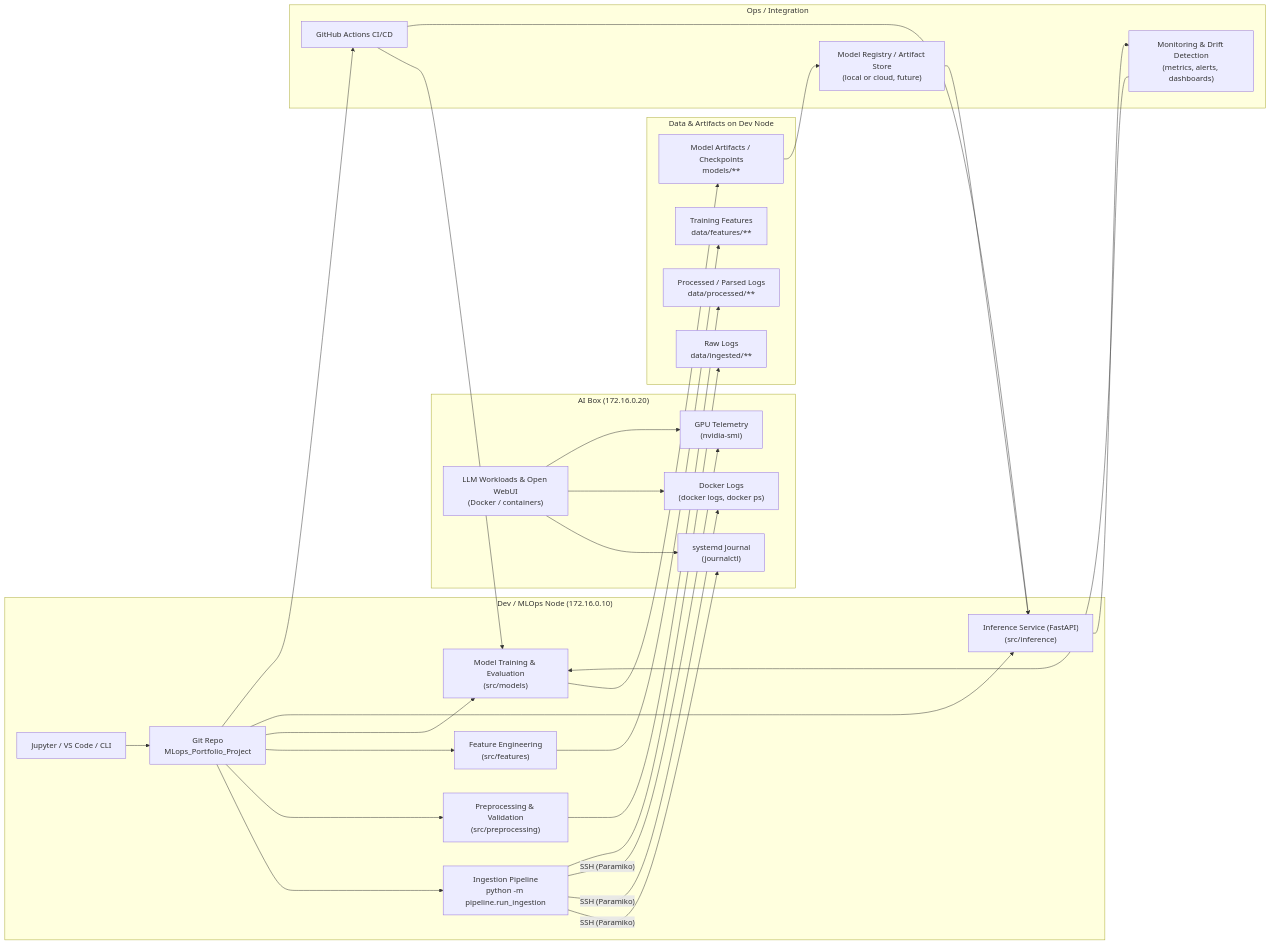
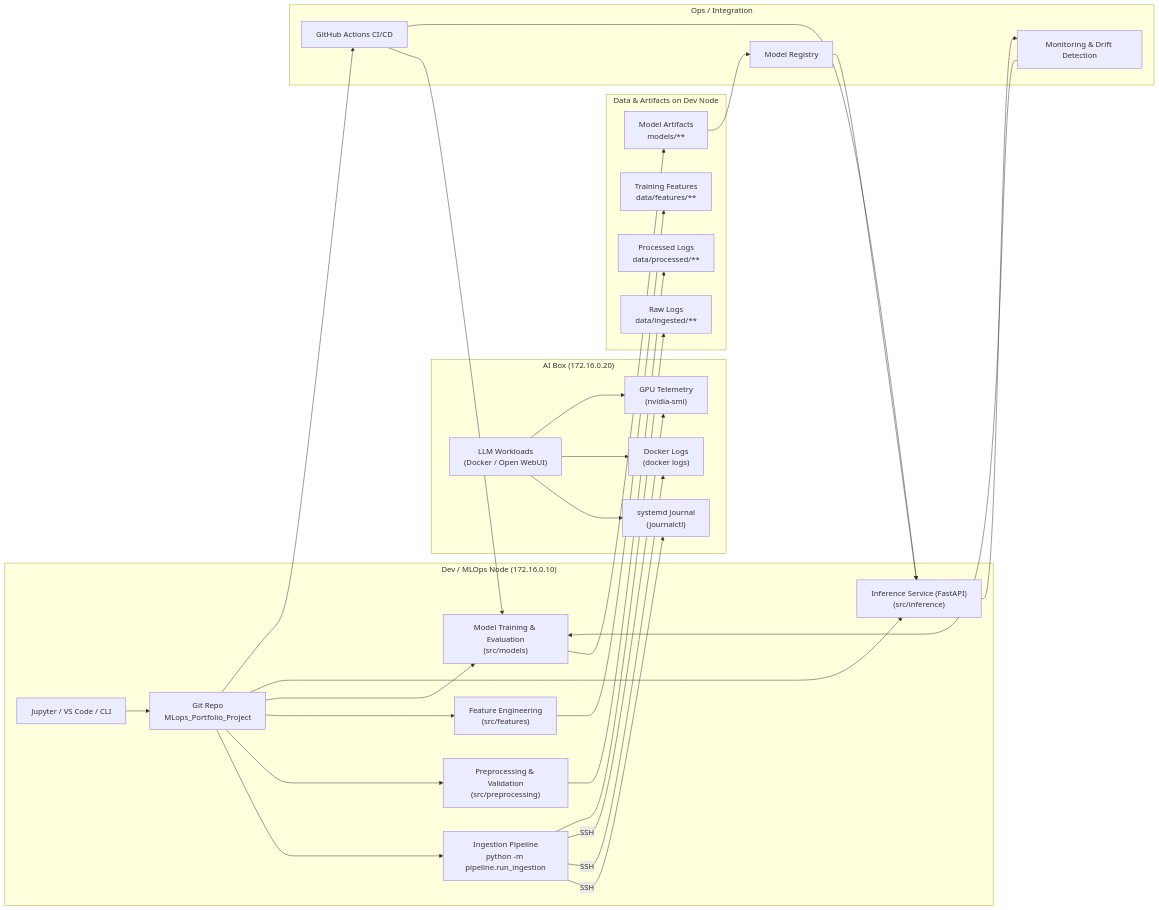
One commit to allend2092/MLops_Portfolio_Project changed the diagram in README.md. Above: the diagram before and after it, drawn with Mermaid. The commit also changed other lines of this file, not shown here.

````diff
--- a/README.md
+++ b/README.md
@@ -127,71 +136,63 @@
 ```mermaid
 flowchart LR
-    %% NODES
 
     subgraph Dev["Dev / MLOps Node (172.16.0.10)"]
         Jupyter["Jupyter / VS Code / CLI"]
         Repo["Git Repo<br/>MLops_Portfolio_Project"]
         Pipeline["Ingestion Pipeline<br/>python -m pipeline.run_ingestion"]
         Preproc["Preprocessing & Validation<br/>(src/preprocessing)"]
         FeatEng["Feature Engineering<br/>(src/features)"]
         Train["Model Training & Evaluation<br/>(src/models)"]
         InferSvc["Inference Service (FastAPI)<br/>(src/inference)"]
     end
 
     subgraph AI["AI Box (172.16.0.20)"]
         Sysd["systemd Journal<br/>(journalctl)"]
-        DockerLogs["Docker Logs<br/>(docker logs, docker ps)"]
+        DockerLogs["Docker Logs<br/>(docker logs)"]
         GPUMetrics["GPU Telemetry<br/>(nvidia-smi)"]
-        LLMs["LLM Workloads & Open WebUI<br/>(Docker / containers)"]
+        LLMs["LLM Workloads<br/>(Docker / Open WebUI)"]
     end
 
     subgraph Data["Data & Artifacts on Dev Node"]
         Raw["Raw Logs<br/>data/ingested/**"]
-        Processed["Processed / Parsed Logs<br/>data/processed/**"]
+        Processed["Processed Logs<br/>data/processed/**"]
         Features["Training Features<br/>data/features/**"]
-        Models["Model Artifacts / Checkpoints<br/>models/**"]
+        Models["Model Artifacts<br/>models/**"]
     end
 
     subgraph Ops["Ops / Integration"]
         CI["GitHub Actions CI/CD"]
-        Registry["Model Registry / Artifact Store<br/>(local or cloud, future)"]
-        Monitor["Monitoring & Drift Detection<br/>(metrics, alerts, dashboards)"]
+        Registry["Model Registry"]
+        Monitor["Monitoring & Drift Detection"]
     end
 
-    %% RELATIONSHIPS
-
-    %% Dev workflow
     Jupyter --> Repo
     Repo --> Pipeline
     Repo --> Preproc
     Repo --> FeatEng
     Repo --> Train
     Repo --> InferSvc
 
-    %% Ingestion over SSH
-    Pipeline -- "SSH (Paramiko)" --> Sysd
-    Pipeline -- "SSH (Paramiko)" --> DockerLogs
-    Pipeline -- "SSH (Paramiko)" --> GPUMetrics
+    Pipeline -- "SSH" --> Sysd
+    Pipeline -- "SSH" --> DockerLogs
+    Pipeline -- "SSH" --> GPUMetrics
 
-    %% Logs generated by workloads
     LLMs --> Sysd
     LLMs --> DockerLogs
     LLMs --> GPUMetrics
 
-    %% Data flow on Dev node
     Pipeline --> Raw
     Preproc --> Processed
     FeatEng --> Features
     Train --> Models
     Models --> Registry
     Registry --> InferSvc
 
-    %% Monitoring / feedback
     InferSvc --> Monitor
     Monitor --> Train
 
-    %% CI/CD
     Repo --> CI
     CI --> Train
     CI --> InferSvc
+
 ```
````
